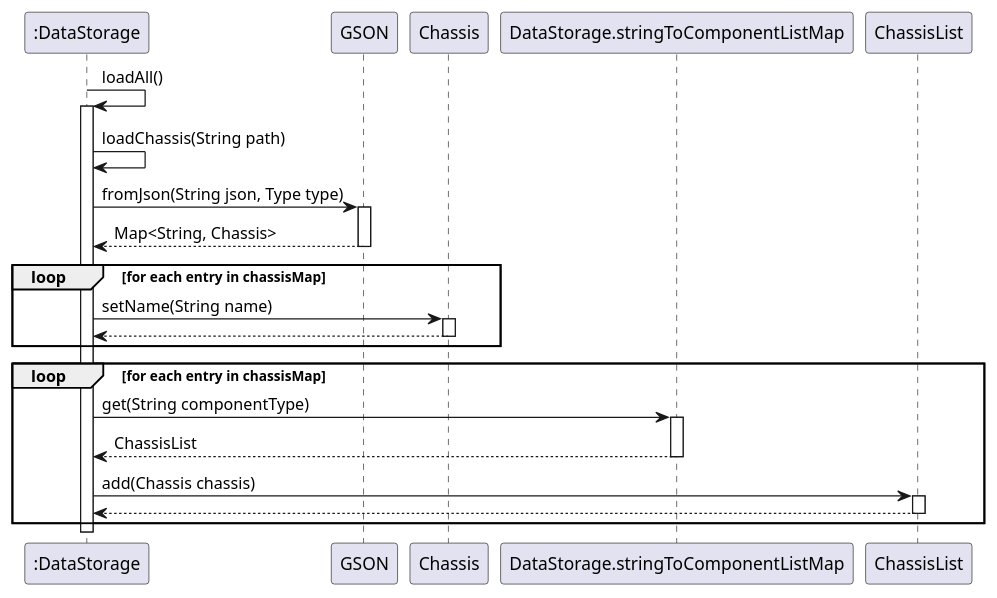
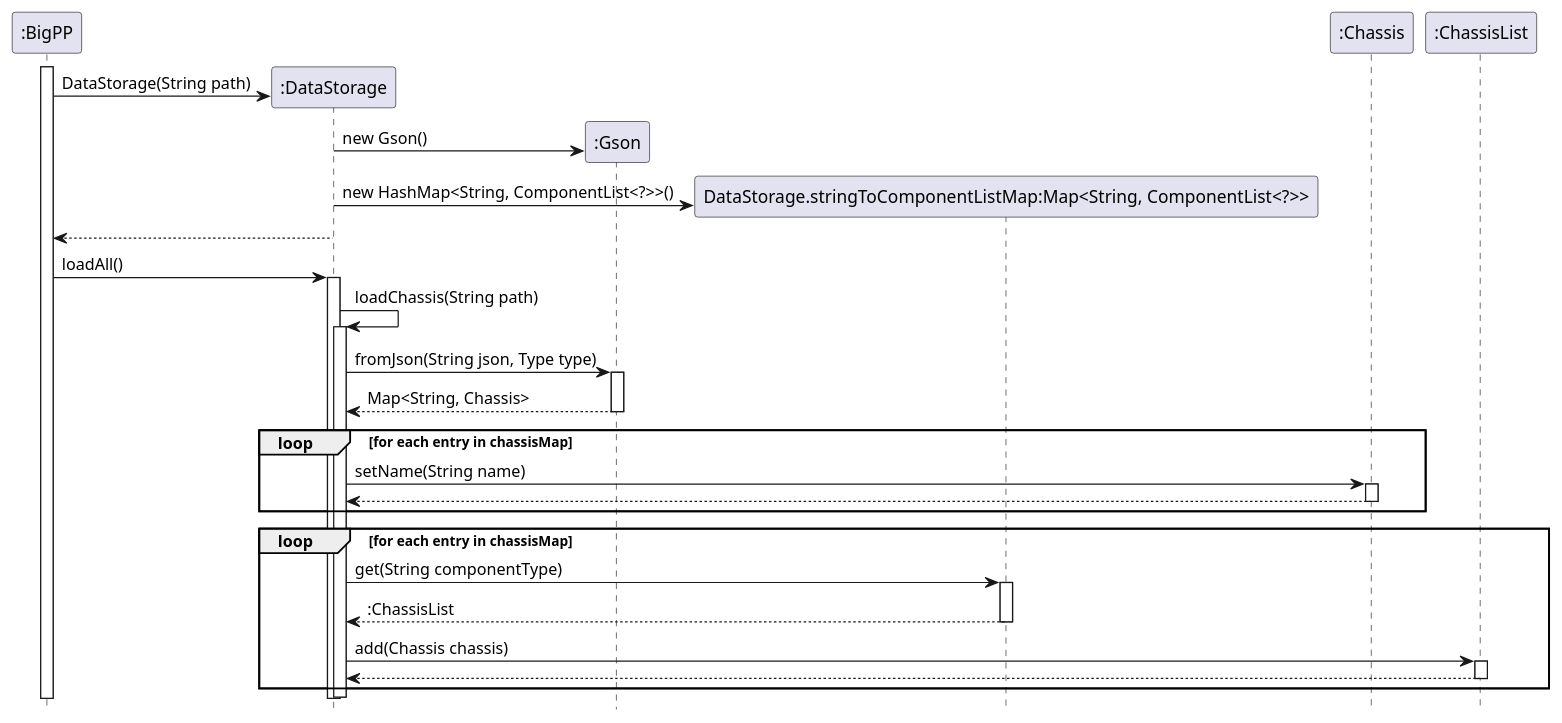
Before and after one commit to typingpanda/tp: the diagram in docs/uml-source/loadChassisSequential.puml, drawn with PlantUML.

Commit message:
Upgrade DataStorage sequential diagram

```diff
--- a/docs/uml-source/loadChassisSequential.puml
+++ b/docs/uml-source/loadChassisSequential.puml
@@ -1,31 +1,47 @@
 @startuml
-":DataStorage" -> ":DataStorage" : loadAll()
+hide footbox
+
+activate ":BigPP"
+create ":DataStorage"
+":BigPP" -> ":DataStorage" : DataStorage(String path)
+
+create ":Gson"
+":DataStorage" -> ":Gson" : new Gson()
+create "DataStorage.stringToComponentListMap:Map<String, ComponentList<?>>"
+":DataStorage" -> "DataStorage.stringToComponentListMap:Map<String, ComponentList<?>>" : new HashMap<String, ComponentList<?>>()
+
+
+":DataStorage" --> ":BigPP"
+
+
+":BigPP" -> ":DataStorage" : loadAll()
 activate ":DataStorage"
 ":DataStorage" -> ":DataStorage" : loadChassis(String path)
+activate ":DataStorage"
 
-":DataStorage" -> "GSON" : fromJson(String json, Type type)
-activate "GSON"
-"GSON" --> ":DataStorage" : Map<String, Chassis>
-deactivate "GSON"
+":DataStorage" -> ":Gson" : fromJson(String json, Type type)
+activate ":Gson"
+":Gson" --> ":DataStorage" : Map<String, Chassis>
+deactivate ":Gson"
 
 loop for each entry in chassisMap
-  ":DataStorage" -> "Chassis" : setName(String name)
-  activate "Chassis"
-  "Chassis" --> ":DataStorage"
-  deactivate "Chassis"
+  ":DataStorage" -> ":Chassis" : setName(String name)
+  activate ":Chassis"
+  ":Chassis" --> ":DataStorage"
+  deactivate ":Chassis"
 end
 
 loop for each entry in chassisMap
-  ":DataStorage" -> "DataStorage.stringToComponentListMap" : get(String componentType)
-  activate "DataStorage.stringToComponentListMap"
-  "DataStorage.stringToComponentListMap" --> ":DataStorage" : ChassisList
-  deactivate "DataStorage.stringToComponentListMap"
+  ":DataStorage" -> "DataStorage.stringToComponentListMap:Map<String, ComponentList<?>>" : get(String componentType)
+  activate "DataStorage.stringToComponentListMap:Map<String, ComponentList<?>>"
+  "DataStorage.stringToComponentListMap:Map<String, ComponentList<?>>" --> ":DataStorage" : :ChassisList
+  deactivate "DataStorage.stringToComponentListMap:Map<String, ComponentList<?>>"
   
-  ":DataStorage" -> "ChassisList" : add(Chassis chassis)
-  activate "ChassisList"
-  "ChassisList" --> ":DataStorage"
-  deactivate "ChassisList"
+  ":DataStorage" -> ":ChassisList" : add(Chassis chassis)
+  activate ":ChassisList"
+  ":ChassisList" --> ":DataStorage"
+  deactivate ":ChassisList"
 end
 
 deactivate ":DataStorage"
 @enduml
```
